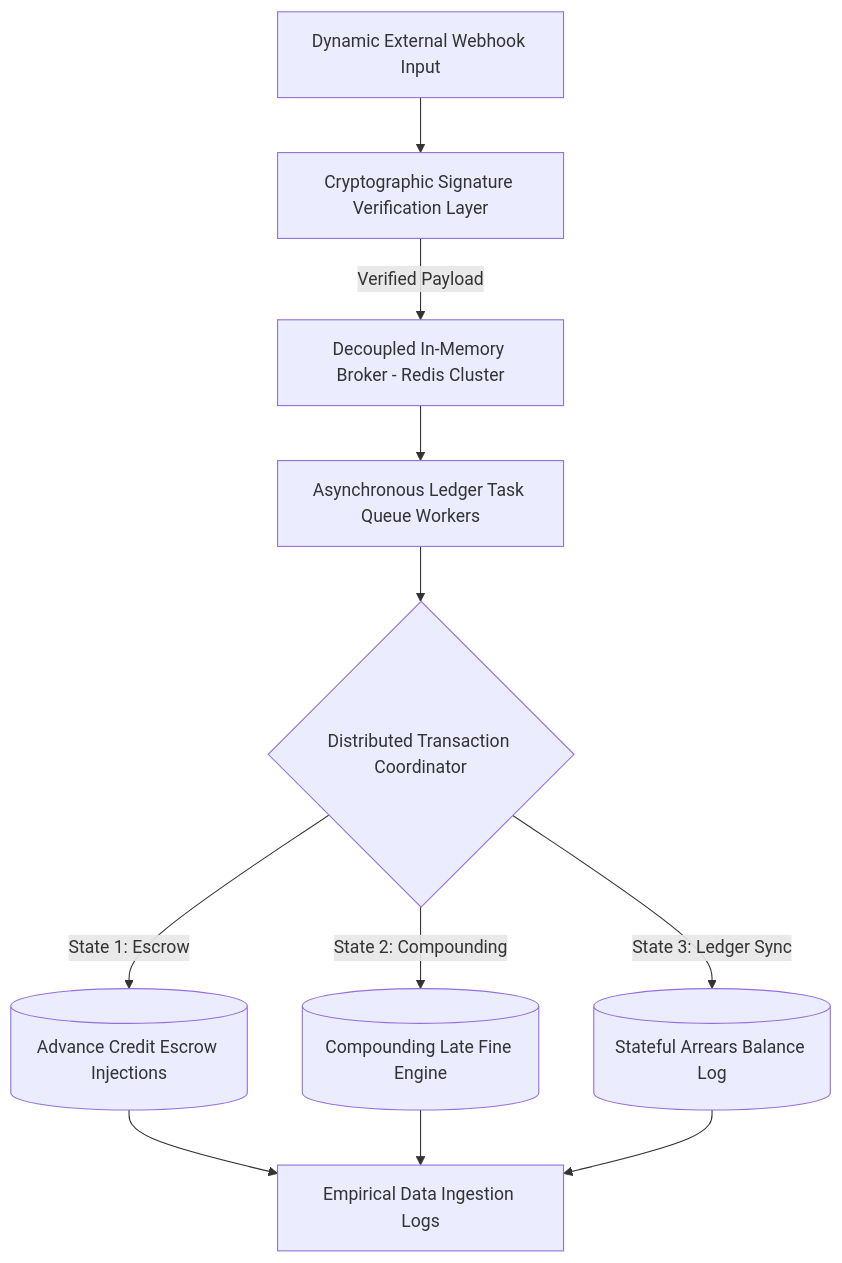
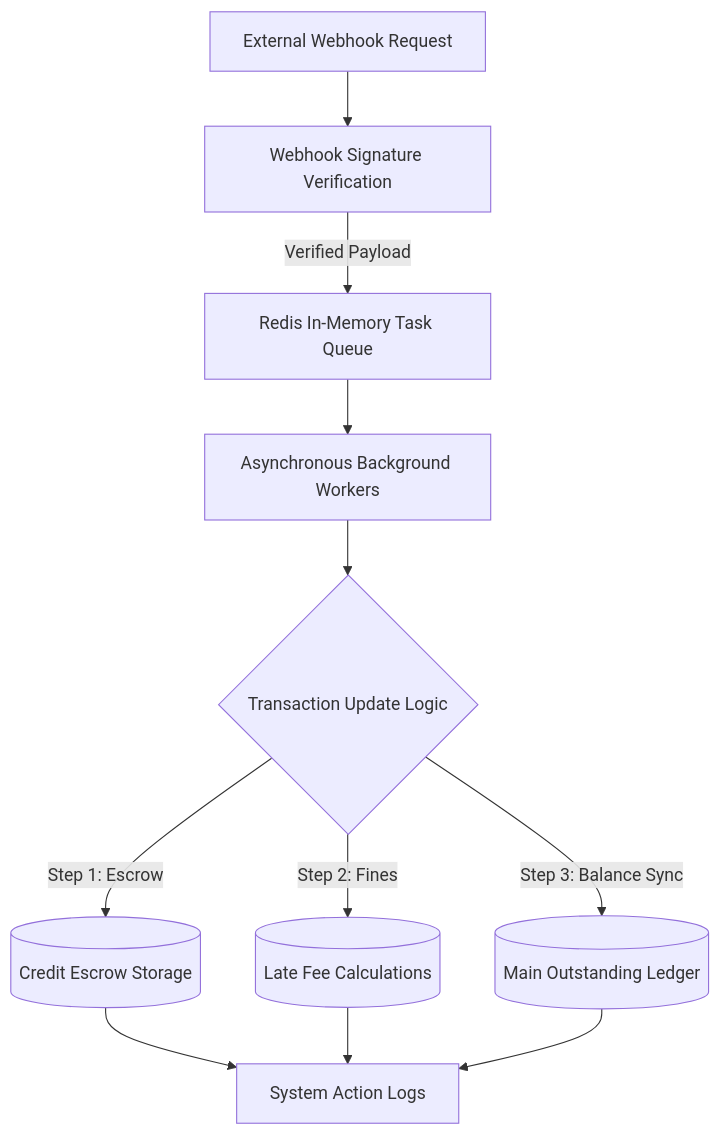
One commit to Karan-kb/High-Precision-Utility-Billing-Engine changed the diagram in README.md. Above: the diagram before and after it, drawn with Mermaid. The commit also changed other lines of this file, not shown here.

````diff
--- a/README.md
+++ b/README.md
@@ -11,13 +11,13 @@
 ```mermaid
 graph TD
-    A[Dynamic External Webhook Input] --> B[Cryptographic Signature Verification Layer]
-    B -->|Verified Payload| C[Decoupled In-Memory Broker - Redis Cluster]
-    C --> D[Asynchronous Ledger Task Queue Workers]
-    D --> E{Distributed Transaction Coordinator}
-    E -->|State 1: Escrow| F[(Advance Credit Escrow Injections)]
-    E -->|State 2: Compounding| G[(Compounding Late Fine Engine)]
-    E -->|State 3: Ledger Sync| H[(Stateful Arrears Balance Log)]
-    F --> I[Empirical Data Ingestion Logs]
+    A[External Webhook Request] --> B[Webhook Signature Verification]
+    B -->|Verified Payload| C[Redis In-Memory Task Queue]
+    C --> D[Asynchronous Background Workers]
+    D --> E{Transaction Update Logic}
+    E -->|Step 1: Escrow| F[(Credit Escrow Storage)]
+    E -->|Step 2: Fines| G[(Late Fee Calculations)]
+    E -->|Step 3: Balance Sync| H[(Main Outstanding Ledger)]
+    F --> I[System Action Logs]
     G --> I
     H --> I
 ```
````
